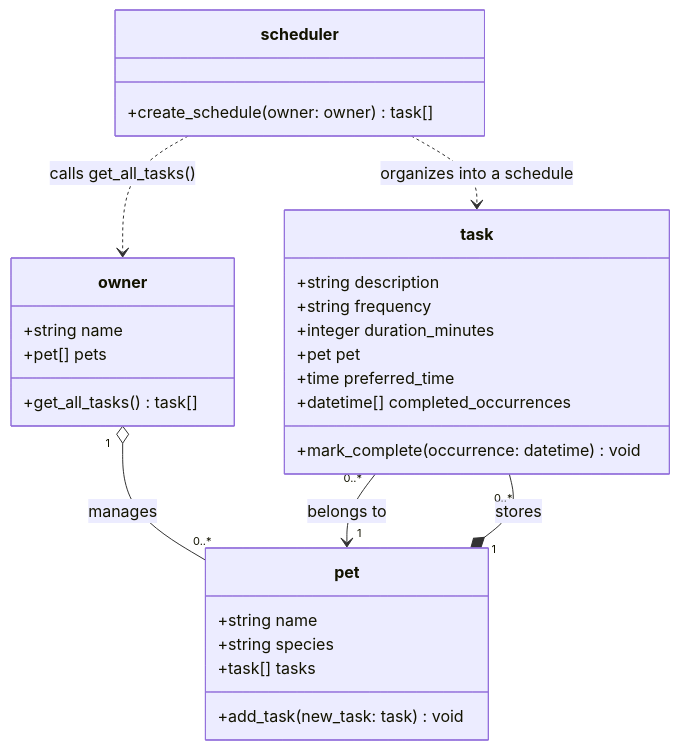
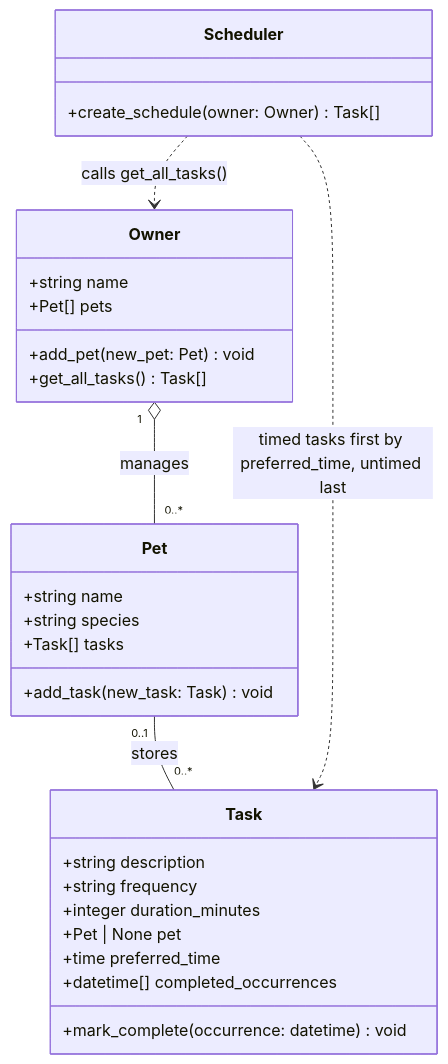
One commit to hdyo7/ai110-module2show-pawpal-starter changed the diagram in diagrams/uml_draft.mmd. Above: the diagram before and after it, drawn with Mermaid. The commit also changed 6 other files, not shown here.

```diff
--- a/diagrams/uml_draft.mmd
+++ b/diagrams/uml_draft.mmd
@@ -1,33 +1,33 @@
 classDiagram
-    class task {
+    class Task {
         +string description
         +string frequency
         +integer duration_minutes
-        +pet pet
+        +Pet | None pet
         +time preferred_time
         +datetime[] completed_occurrences
         +mark_complete(occurrence: datetime) void
     }
 
-    class pet {
+    class Pet {
         +string name
         +string species
-        +task[] tasks
-        +add_task(new_task: task) void
+        +Task[] tasks
+        +add_task(new_task: Task) void
     }
 
-    class owner {
+    class Owner {
         +string name
-        +pet[] pets
-        +get_all_tasks() task[]
+        +Pet[] pets
+        +add_pet(new_pet: Pet) void
+        +get_all_tasks() Task[]
     }
 
-    class scheduler {
-        +create_schedule(owner: owner) task[]
+    class Scheduler {
+        +create_schedule(owner: Owner) Task[]
     }
 
-    owner "1" o-- "0..*" pet : manages
-    pet "1" *-- "0..*" task : stores
-    task "0..*" --> "1" pet : belongs to
-    scheduler ..> owner : calls get_all_tasks()
-    scheduler ..> task : organizes into a schedule
+    Owner "1" o-- "0..*" Pet : manages
+    Pet "0..1" -- "0..*" Task : stores
+    Scheduler ..> Owner : calls get_all_tasks()
+    Scheduler ..> Task : timed tasks first by preferred_time, untimed last
```
